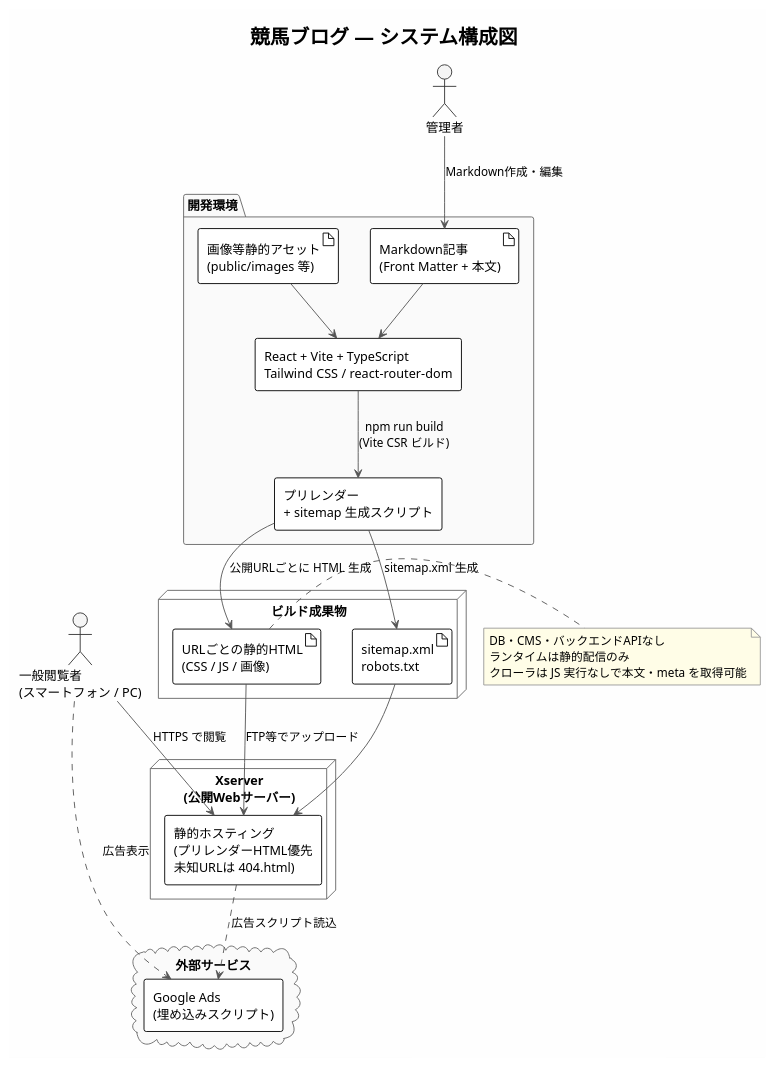
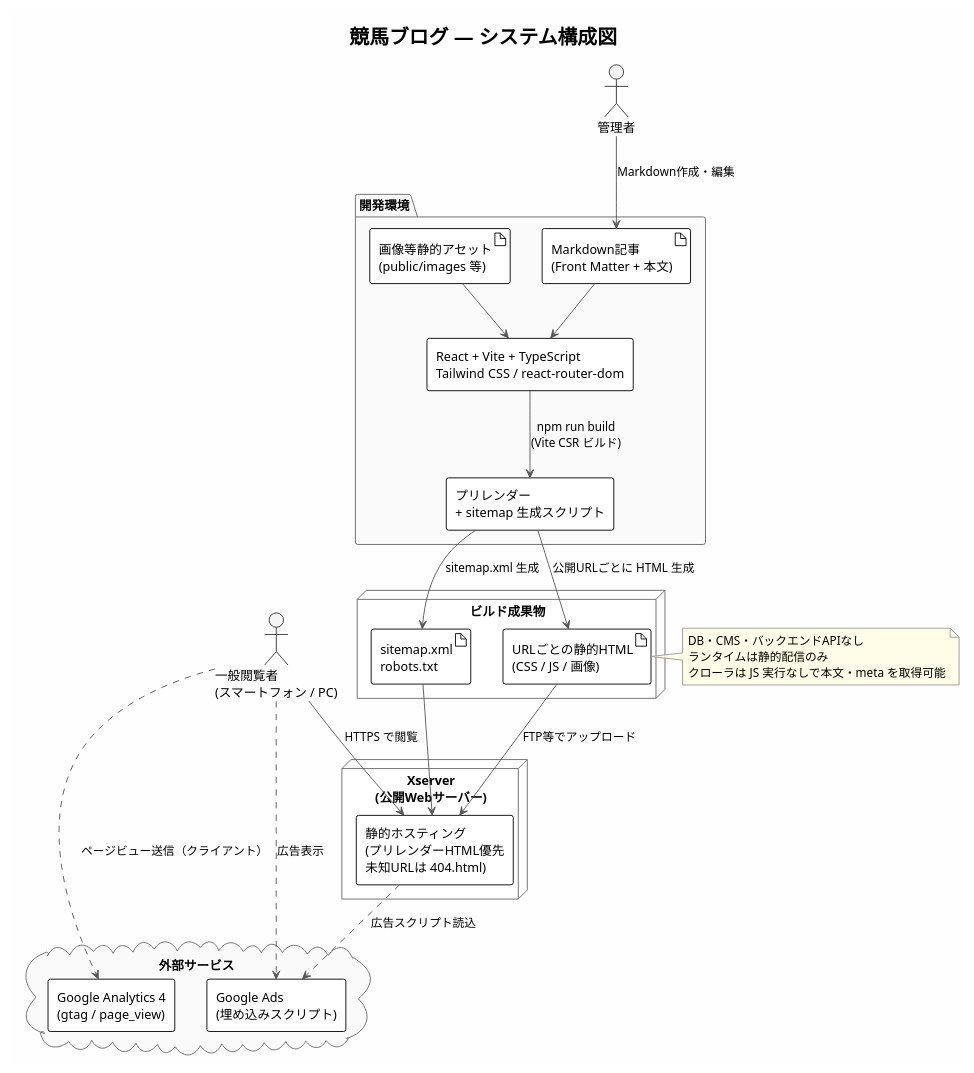
The first of 2 diagrams in doc/03_design/architecture_design.md (betashort/KEIBA_BLOG), drawn with PlantUML before and after one commit. The commit also changed other lines of this file and 9 other files, not shown here.

````diff
--- a/doc/03_design/architecture_design.md
+++ b/doc/03_design/architecture_design.md
@@ -89,62 +89,64 @@
 ```plantuml
 @startuml system_architecture
 !theme plain
 skinparam backgroundColor #FEFEFE
 skinparam shadowing false
 skinparam defaultFontName Meiryo
 skinparam componentStyle rectangle
 skinparam ArrowColor #555555
 skinparam ActorBorderColor #333333
 skinparam ActorBackgroundColor #F5F5F5
 skinparam PackageBorderColor #666666
 skinparam PackageBackgroundColor #FAFAFA
 skinparam NodeBorderColor #666666
 skinparam NodeBackgroundColor #FFFFFF
 skinparam NoteBorderColor #999999
 skinparam NoteBackgroundColor #FFFDE7
 
 title 競馬ブログ — システム構成図
 
 actor "管理者" as Admin
 actor "一般閲覧者\n(スマートフォン / PC)" as Visitor
 
 package "開発環境" as DevEnv {
   component "React + Vite + TypeScript\nTailwind CSS / react-router-dom" as App
   artifact "Markdown記事\n(Front Matter + 本文)" as Md
   artifact "画像等静的アセット\n(public/images 等)" as Assets
   component "プリレンダー\n+ sitemap 生成スクリプト" as Prerender
 }
 
 cloud "外部サービス" as Ext {
   component "Google Ads\n(埋め込みスクリプト)" as Ads
+  component "Google Analytics 4\n(gtag / page_view)" as Ga
 }
 
 node "ビルド成果物" as Build {
   artifact "URLごとの静的HTML\n(CSS / JS / 画像)" as DistHtml
   artifact "sitemap.xml\nrobots.txt" as DistMap
 }
 
 node "Xserver\n(公開Webサーバー)" as Xserver {
   component "静的ホスティング\n(プリレンダーHTML優先\n未知URLは 404.html)" as Host
 }
 
 Admin --> Md : Markdown作成・編集
 Md --> App
 Assets --> App
 App --> Prerender : npm run build\n(Vite CSR ビルド)
 Prerender --> DistHtml : 公開URLごとに HTML 生成
 Prerender --> DistMap : sitemap.xml 生成
 DistHtml --> Host : FTP等でアップロード
 DistMap --> Host
 Visitor --> Host : HTTPS で閲覧
 Host ..> Ads : 広告スクリプト読込
 Visitor ..> Ads : 広告表示
+Visitor ..> Ga : ページビュー送信（クライアント）
 
 note right of DistHtml
   DB・CMS・バックエンドAPIなし
   ランタイムは静的配信のみ
   クローラは JS 実行なしで本文・meta を取得可能
 end note
 
 @enduml
 ```
````
